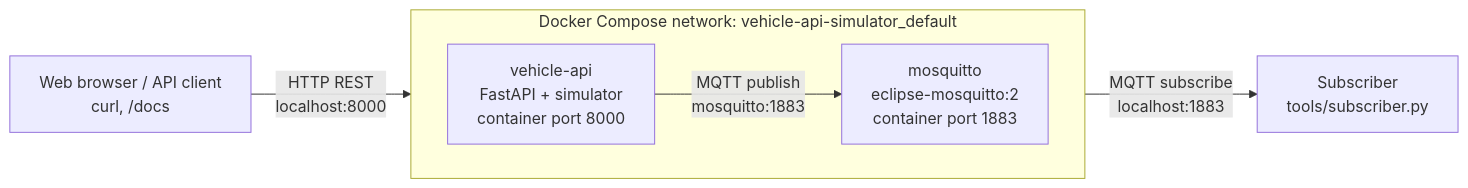
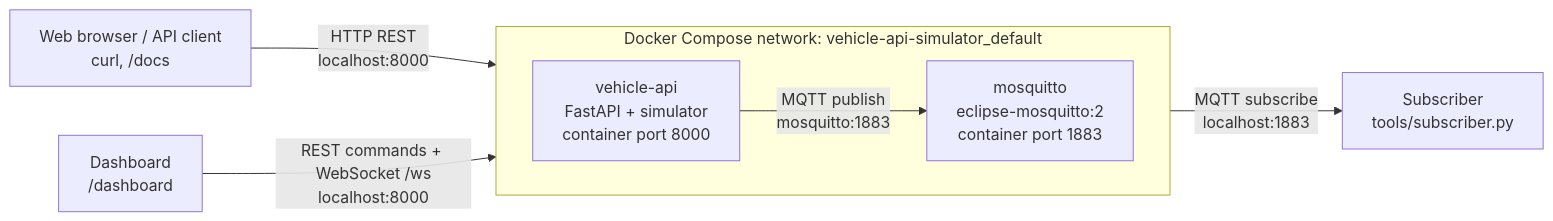
Before and after one commit to naosyke/vehicle-api-simulator: the first of 7 diagrams in docs/architecture.md, drawn with Mermaid. The commit also changed other lines of this file and 6 other files, not shown here.

First line of the commit message:
Add real-time dashboard with WebSocket stream

````diff
--- a/docs/architecture.md
+++ b/docs/architecture.md
@@ -12,15 +12,17 @@
 ```mermaid
 flowchart LR
     browser["Web browser / API client<br/>curl, /docs"]
+    dashboard["Dashboard<br/>/dashboard"]
     subscriber["Subscriber<br/>tools/subscriber.py"]
 
     subgraph compose["Docker Compose network: vehicle-api-simulator_default"]
         direction LR
         api["vehicle-api<br/>FastAPI + simulator<br/>container port 8000"]
         broker["mosquitto<br/>eclipse-mosquitto:2<br/>container port 1883"]
     end
 
     browser -- "HTTP REST<br/>localhost:8000" --> api
+    dashboard -- "REST commands + WebSocket /ws<br/>localhost:8000" --> api
     api -- "MQTT publish<br/>mosquitto:1883" --> broker
     broker -- "MQTT subscribe<br/>localhost:1883" --> subscriber
 ```
````
